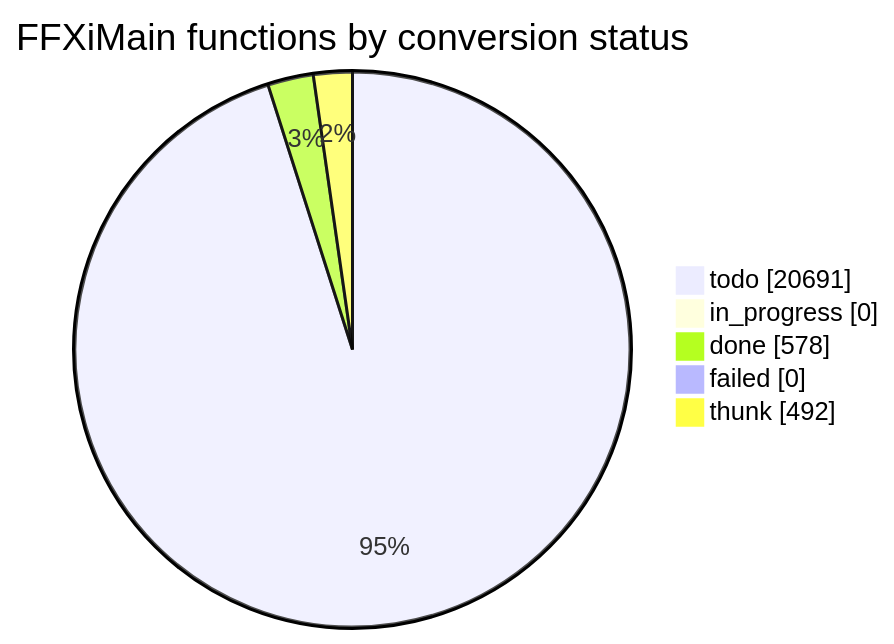
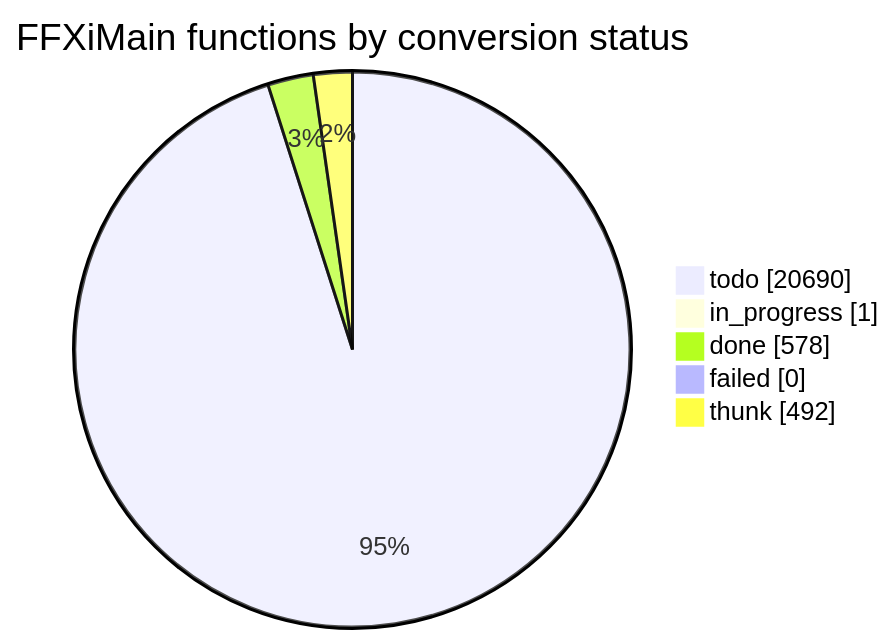
One commit to cowrevenge/cow_kuluu_xi_anything changed the diagram in docs/cow/STATUS.md. Above: the diagram before and after it, drawn with Mermaid. The commit also changed other lines of this file and 3 other files, not shown here.

````diff
--- a/docs/cow/STATUS.md
+++ b/docs/cow/STATUS.md
@@ -18,9 +18,9 @@
 ```mermaid
 pie showData
     title FFXiMain functions by conversion status
-    "todo" : 20691
-    "in_progress" : 0
+    "todo" : 20690
+    "in_progress" : 1
     "done" : 578
     "failed" : 0
     "thunk" : 492
 ```
````
